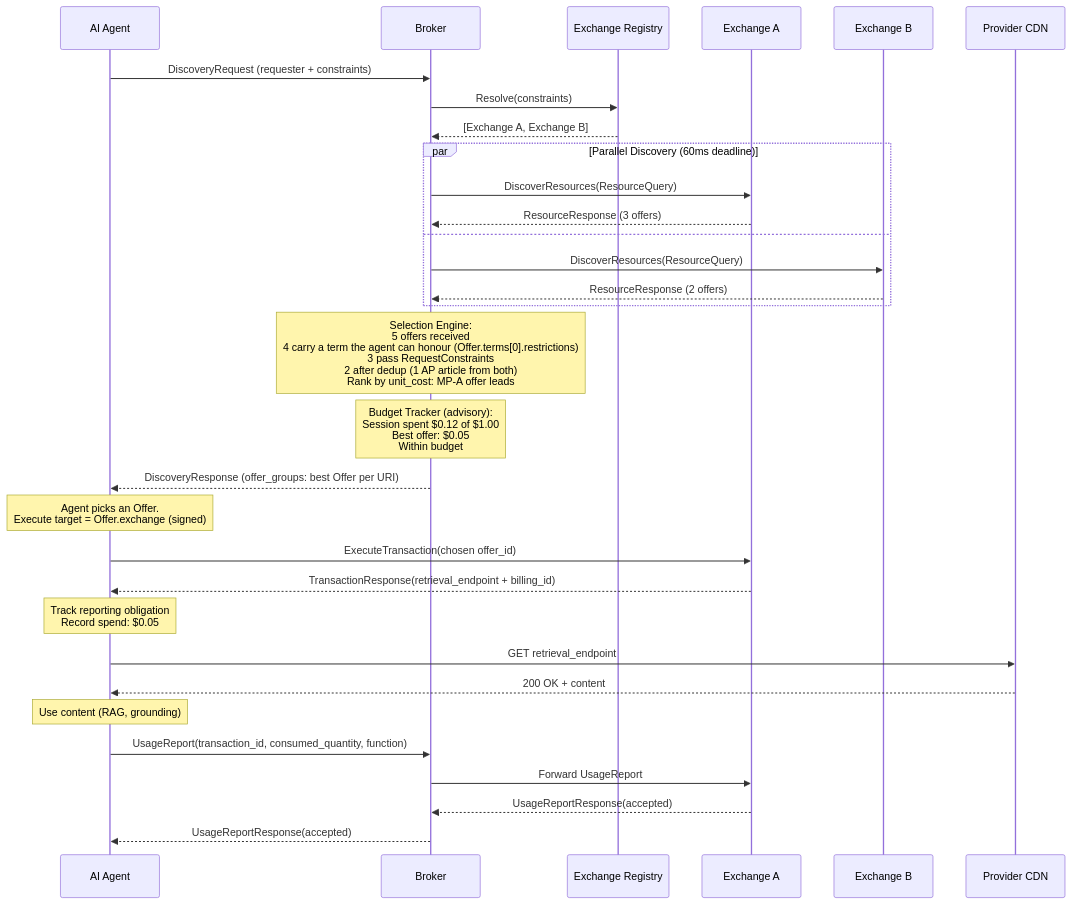
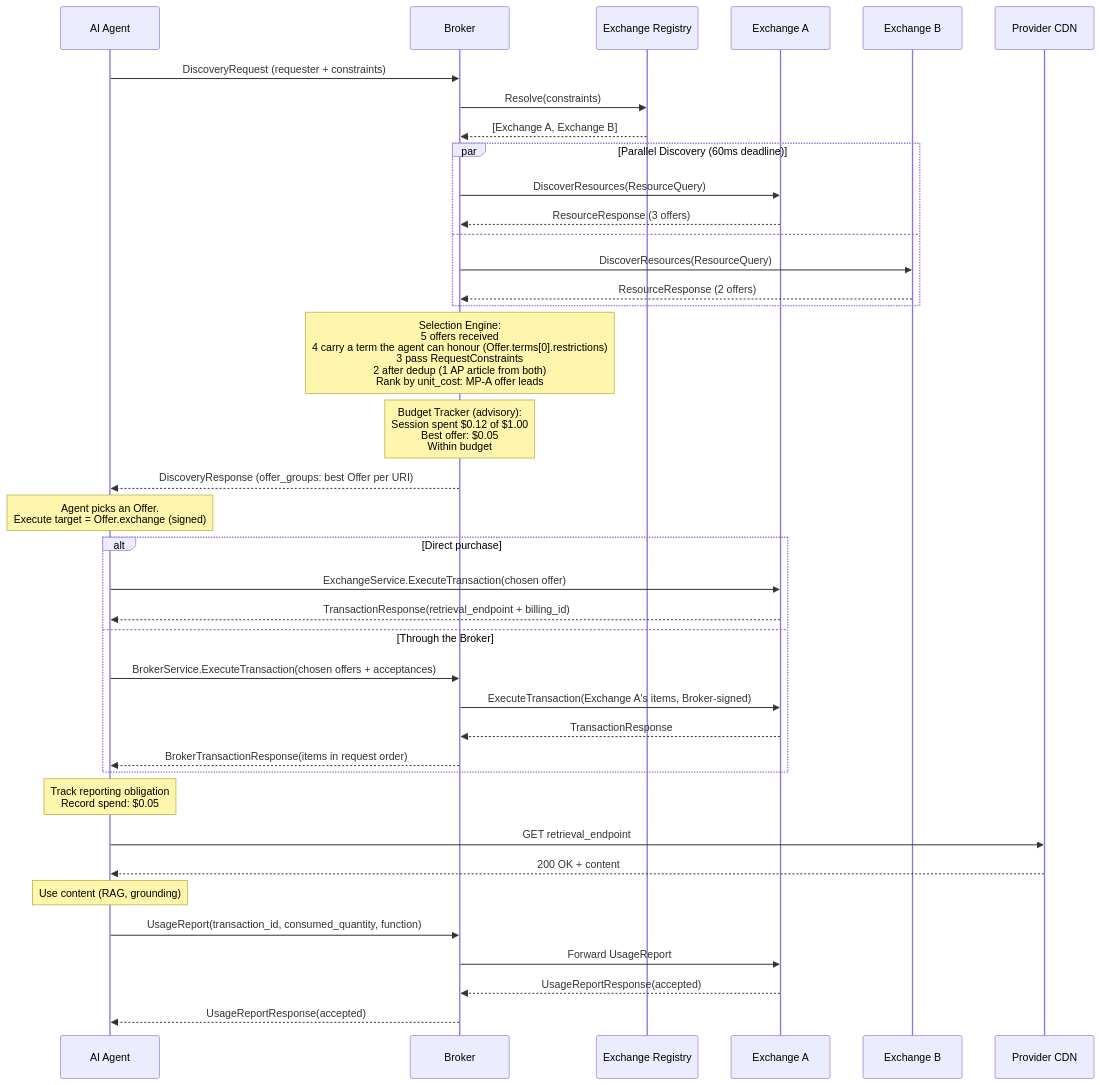
Before and after one commit to FORA-Protocol/protocol: the second of 2 diagrams in website/src/content/docs/components/broker/overview.mdx, drawn with Mermaid. The commit also changed other lines of this file and 12 other files, not shown here.

First line of the commit message:
Describe purchases through the Broker in the docs and changelogs

````diff
--- a/website/src/content/docs/components/broker/overview.mdx
+++ b/website/src/content/docs/components/broker/overview.mdx
@@ -320,45 +314,52 @@
 ```mermaid
 sequenceDiagram
     participant Agent as AI Agent
     participant Orch as Broker
     participant Reg as Exchange Registry
     participant MPA as Exchange A
     participant MPB as Exchange B
     participant CDN as Provider CDN
 
     Agent->>Orch: DiscoveryRequest (requester + constraints)
 
     Orch->>Reg: Resolve(constraints)
     Reg-->>Orch: [Exchange A, Exchange B]
 
     par Parallel Discovery (60ms deadline)
         Orch->>MPA: DiscoverResources(ResourceQuery)
         MPA-->>Orch: ResourceResponse (3 offers)
     and
         Orch->>MPB: DiscoverResources(ResourceQuery)
         MPB-->>Orch: ResourceResponse (2 offers)
     end
 
     Note over Orch: Selection Engine:<br/>5 offers received<br/>4 carry a term the agent can honour (Offer.terms[0].restrictions)<br/>3 pass RequestConstraints<br/>2 after dedup (1 AP article from both)<br/>Rank by unit_cost: MP-A offer leads
 
     Note over Orch: Budget Tracker (advisory):<br/>Session spent $0.12 of $1.00<br/>Best offer: $0.05<br/>Within budget
 
     Orch-->>Agent: DiscoveryResponse (offer_groups: best Offer per URI)
 
     Note over Agent: Agent picks an Offer.<br/>Execute target = Offer.exchange (signed)
 
-    Agent->>MPA: ExecuteTransaction(chosen offer_id)
-    MPA-->>Agent: TransactionResponse(retrieval_endpoint + billing_id)
+    alt Direct purchase
+        Agent->>MPA: ExchangeService.ExecuteTransaction(chosen offer)
+        MPA-->>Agent: TransactionResponse(retrieval_endpoint + billing_id)
+    else Through the Broker
+        Agent->>Orch: BrokerService.ExecuteTransaction(chosen offers + acceptances)
+        Orch->>MPA: ExecuteTransaction(Exchange A's items, Broker-signed)
+        MPA-->>Orch: TransactionResponse
+        Orch-->>Agent: BrokerTransactionResponse(items in request order)
+    end
 
     Note over Agent: Track reporting obligation<br/>Record spend: $0.05
 
     Agent->>CDN: GET retrieval_endpoint
     CDN-->>Agent: 200 OK + content
 
     Note over Agent: Use content (RAG, grounding)
 
     Agent->>Orch: UsageReport(transaction_id, consumed_quantity, function)
     Orch->>MPA: Forward UsageReport
     MPA-->>Orch: UsageReportResponse(accepted)
     Orch-->>Agent: UsageReportResponse(accepted)
 ```
````
